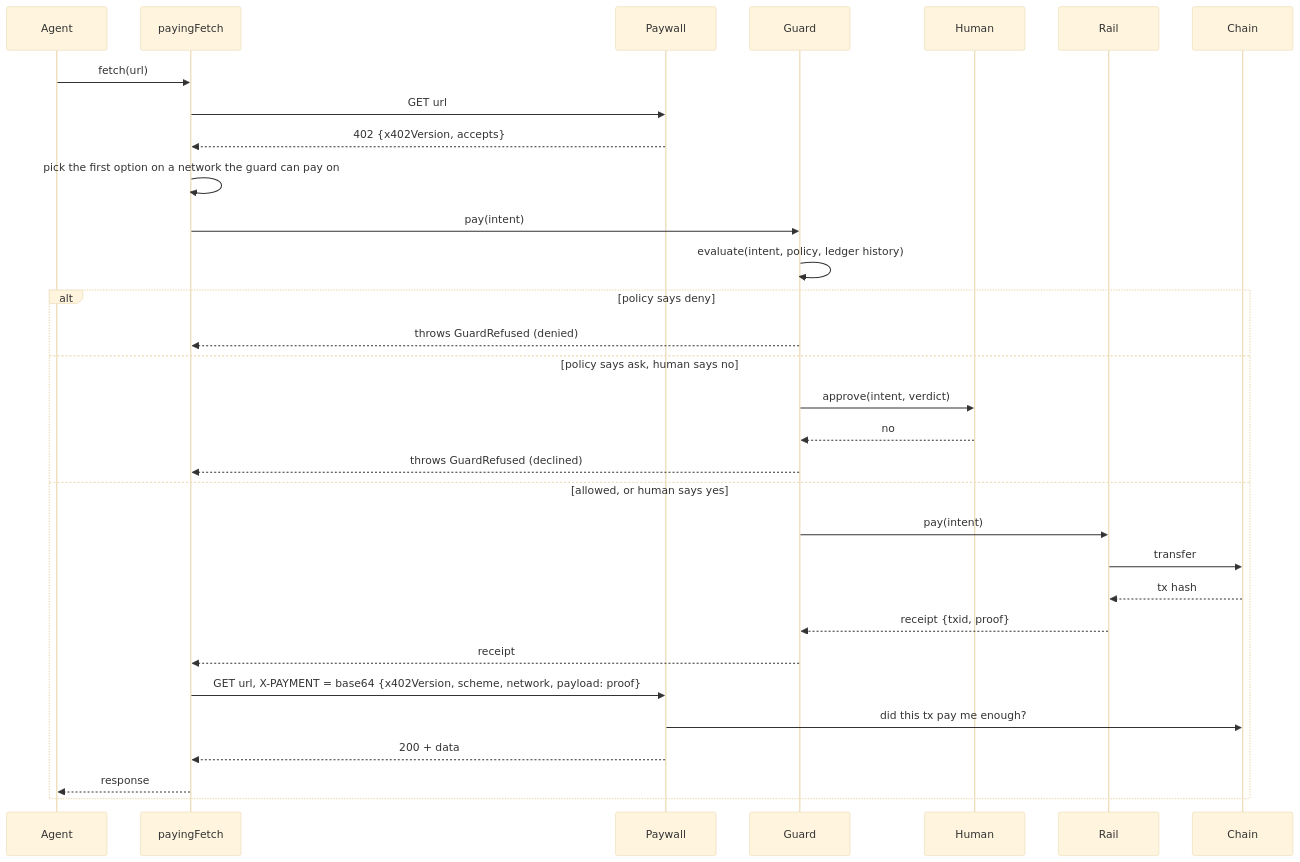
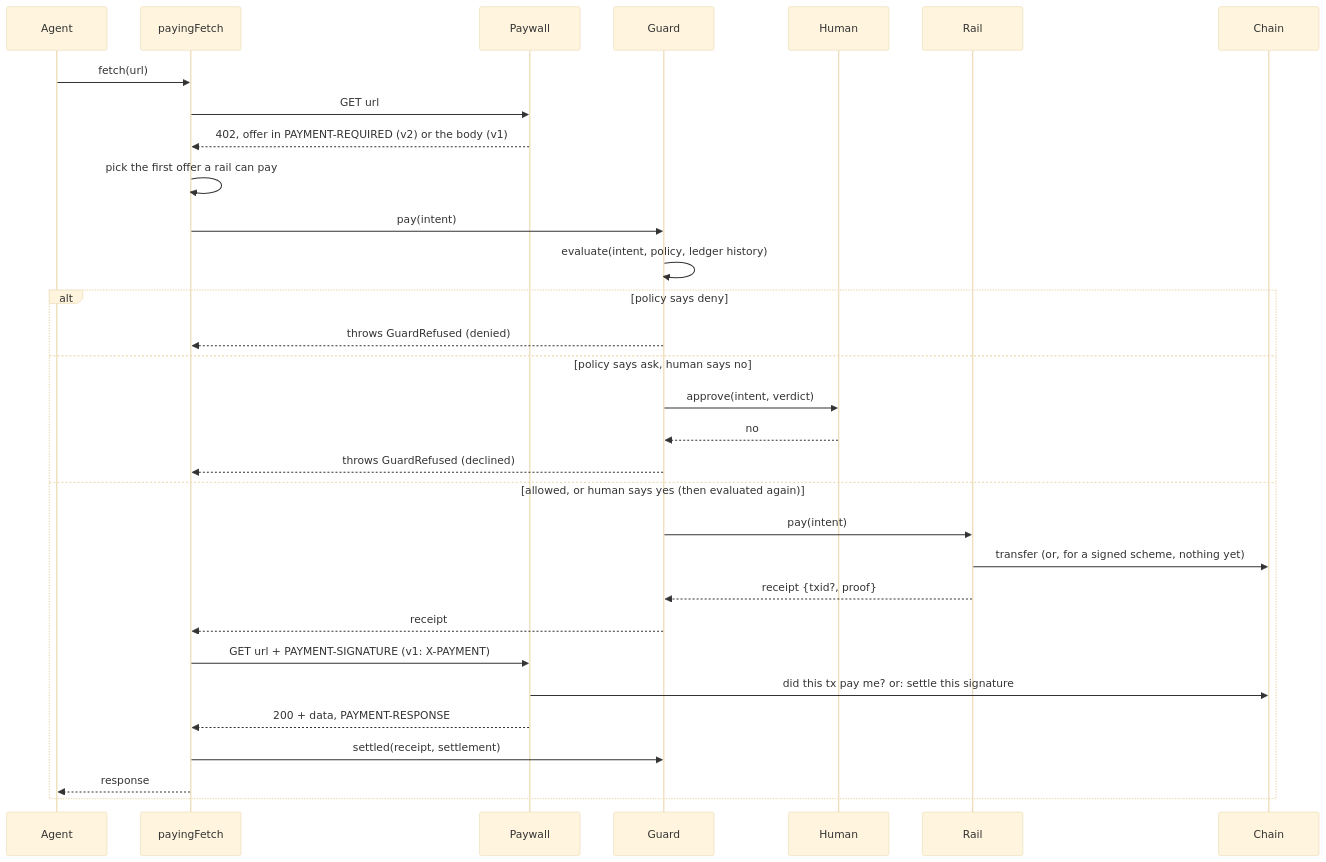
Before and after one commit to vulinh1704/spend-guard: the second of 2 diagrams in docs/architecture.md, drawn with Mermaid (base theme). The commit also changed other lines of this file and 8 other files, not shown here.

````diff
--- a/docs/architecture.md
+++ b/docs/architecture.md
@@ -22,34 +22,34 @@
 ```mermaid
 sequenceDiagram
   participant A as Agent
   participant F as payingFetch
   participant P as Paywall
   participant G as Guard
   participant H as Human
   participant R as Rail
   participant C as Chain
 
   A->>F: fetch(url)
   F->>P: GET url
-  P-->>F: 402 {x402Version, accepts}
-  F->>F: pick the first option on a network the guard can pay on
+  P-->>F: 402, offer in PAYMENT-REQUIRED (v2) or the body (v1)
+  F->>F: pick the first offer a rail can pay
   F->>G: pay(intent)
   G->>G: evaluate(intent, policy, ledger history)
   alt policy says deny
     G-->>F: throws GuardRefused (denied)
   else policy says ask, human says no
     G->>H: approve(intent, verdict)
     H-->>G: no
     G-->>F: throws GuardRefused (declined)
-  else allowed, or human says yes
+  else allowed, or human says yes (then evaluated again)
     G->>R: pay(intent)
-    R->>C: transfer
-    C-->>R: tx hash
-    R-->>G: receipt {txid, proof}
+    R->>C: transfer (or, for a signed scheme, nothing yet)
+    R-->>G: receipt {txid?, proof}
     G-->>F: receipt
-    F->>P: GET url, X-PAYMENT = base64 {x402Version, scheme, network, payload: proof}
-    P->>C: did this tx pay me enough?
-    P-->>F: 200 + data
+    F->>P: GET url + PAYMENT-SIGNATURE (v1: X-PAYMENT)
+    P->>C: did this tx pay me? or: settle this signature
+    P-->>F: 200 + data, PAYMENT-RESPONSE
+    F->>G: settled(receipt, settlement)
     F-->>A: response
   end
 ```
````
